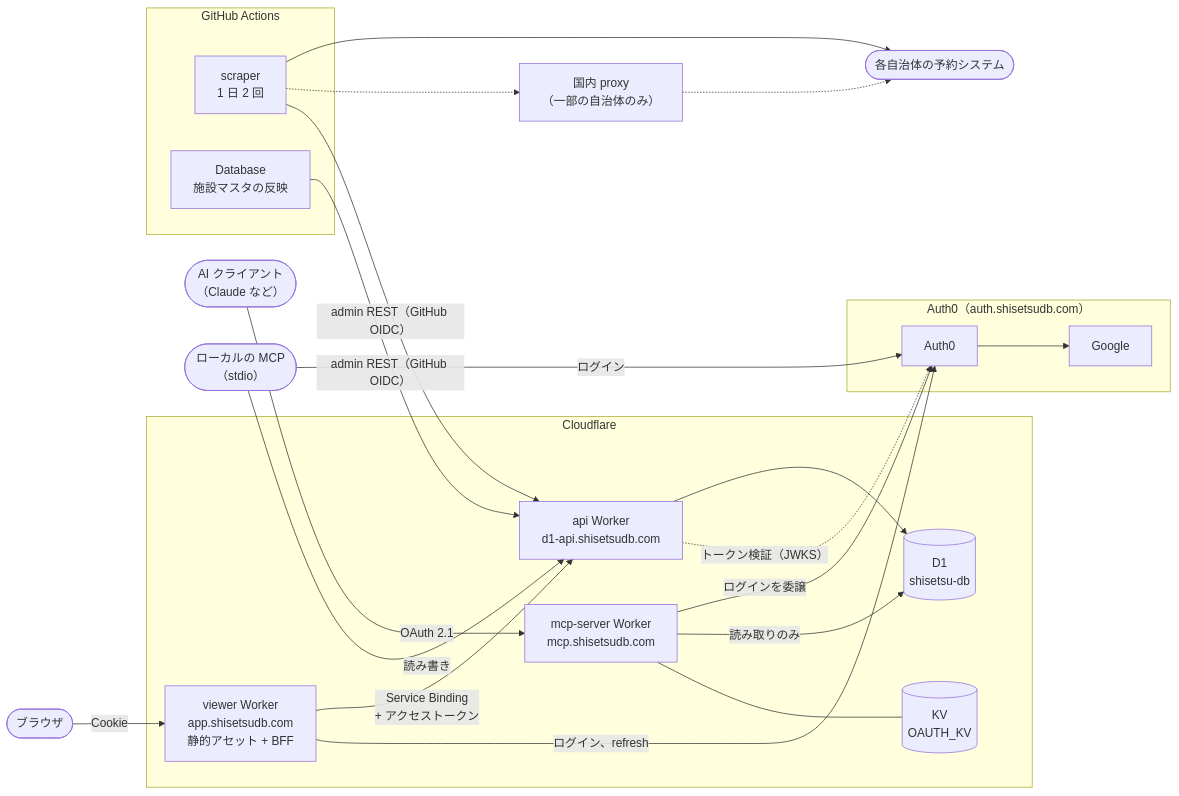
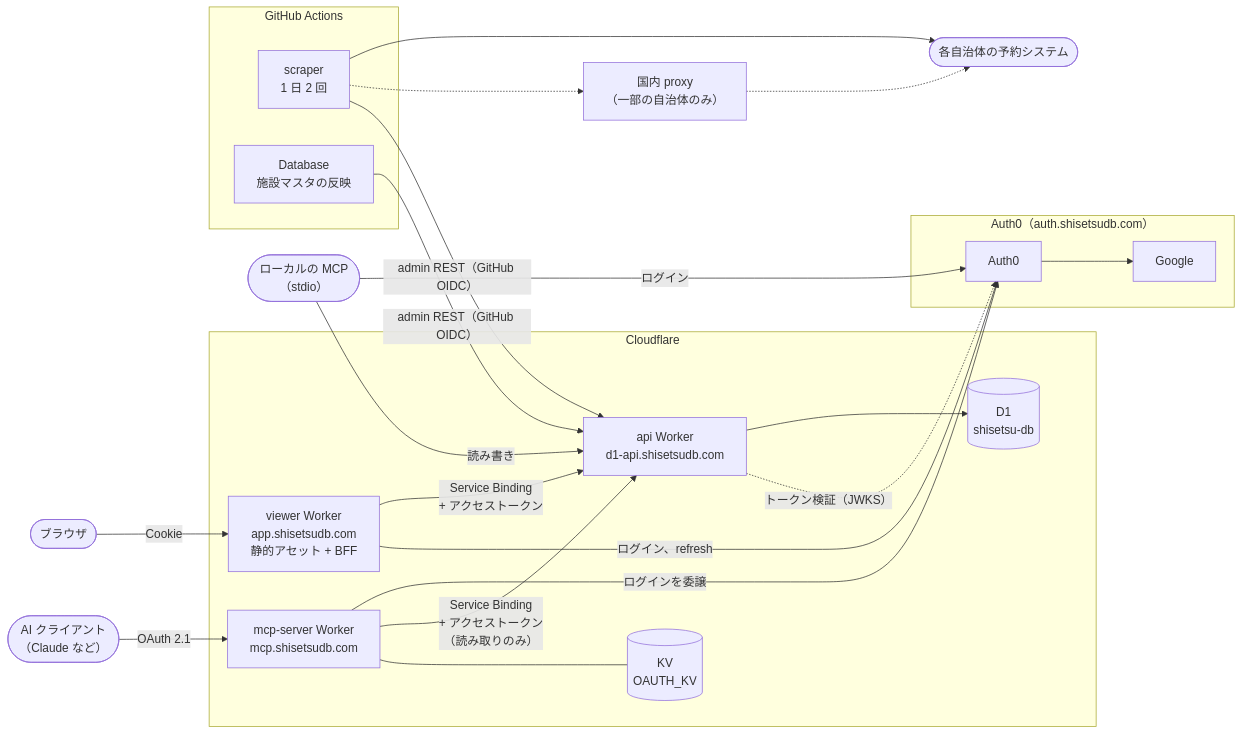
Before and after one commit to trfv/shisetsu-viewer: the diagram in README.md, drawn with Mermaid. The commit also changed other lines of this file, not shown here.

First line of the commit message:
docs: mcp-server が api を通して読むようになった構成を README に反映する (#1765)

````diff
--- a/README.md
+++ b/README.md
@@ -42,48 +42,48 @@
 ```mermaid
 flowchart LR
   browser(["ブラウザ"])
   ai(["AI クライアント<br/>（Claude など）"])
   cli(["ローカルの MCP<br/>（stdio）"])
 
   subgraph cf["Cloudflare"]
     viewer["viewer Worker<br/>app.shisetsudb.com<br/>静的アセット + BFF"]
     api["api Worker<br/>d1-api.shisetsudb.com"]
     mcp["mcp-server Worker<br/>mcp.shisetsudb.com"]
     d1[("D1<br/>shisetsu-db")]
     kv[("KV<br/>OAUTH_KV")]
   end
 
   subgraph idp["Auth0（auth.shisetsudb.com）"]
     auth0["Auth0"]
     google["Google"]
   end
 
   subgraph gha["GitHub Actions"]
     scraper["scraper<br/>1 日 2 回"]
     database["Database<br/>施設マスタの反映"]
   end
 
   sites(["各自治体の予約システム"])
   proxy["国内 proxy<br/>（一部の自治体のみ）"]
 
   browser -->|"Cookie"| viewer
   viewer -->|"Service Binding<br/>+ アクセストークン"| api
   viewer -->|"ログイン、refresh"| auth0
 
   ai -->|"OAuth 2.1"| mcp
   mcp -->|"ログインを委譲"| auth0
-  mcp -->|"読み取りのみ"| d1
+  mcp -->|"Service Binding<br/>+ アクセストークン<br/>（読み取りのみ）"| api
   mcp --- kv
 
   cli -->|"ログイン"| auth0
   cli -->|"読み書き"| api
 
   api --> d1
   api -.->|"トークン検証（JWKS）"| auth0
   auth0 --> google
 
   scraper --> sites
   scraper -.-> proxy -.-> sites
   scraper -->|"admin REST（GitHub OIDC）"| api
   database -->|"admin REST（GitHub OIDC）"| api
 ```
````
